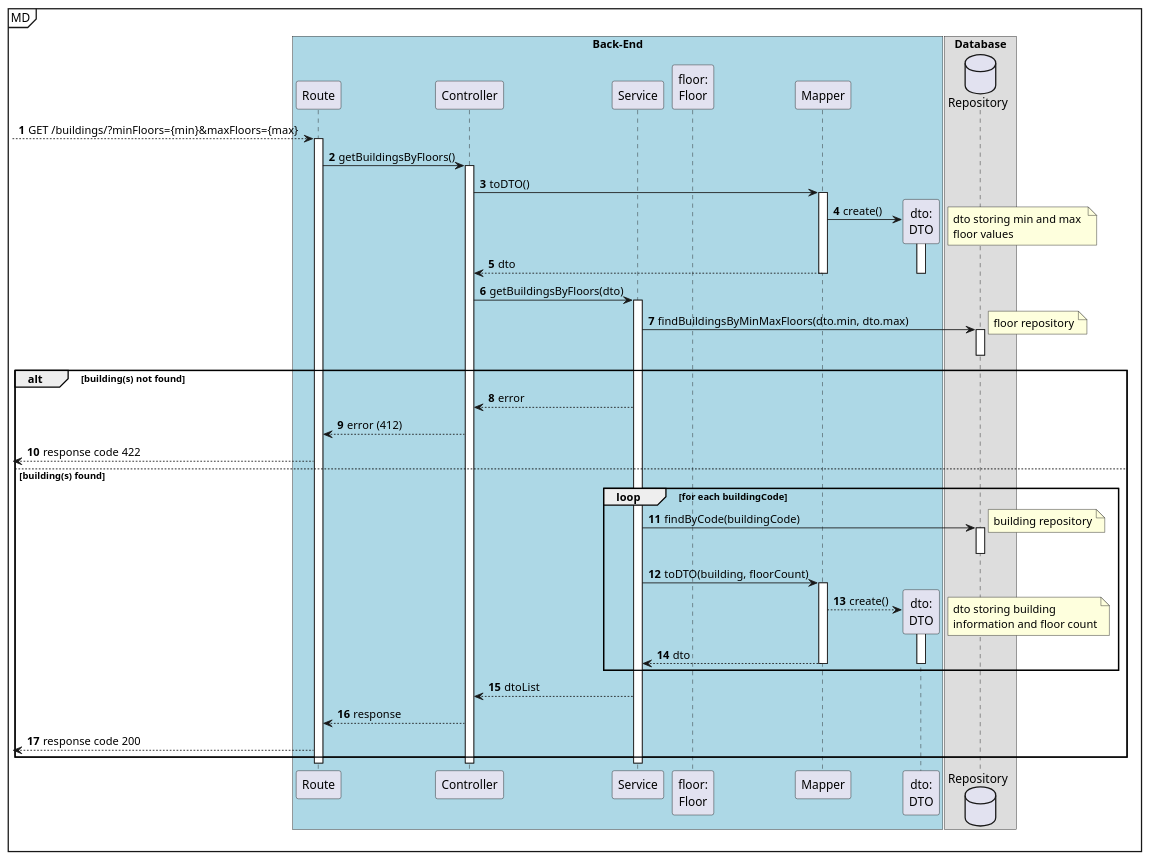
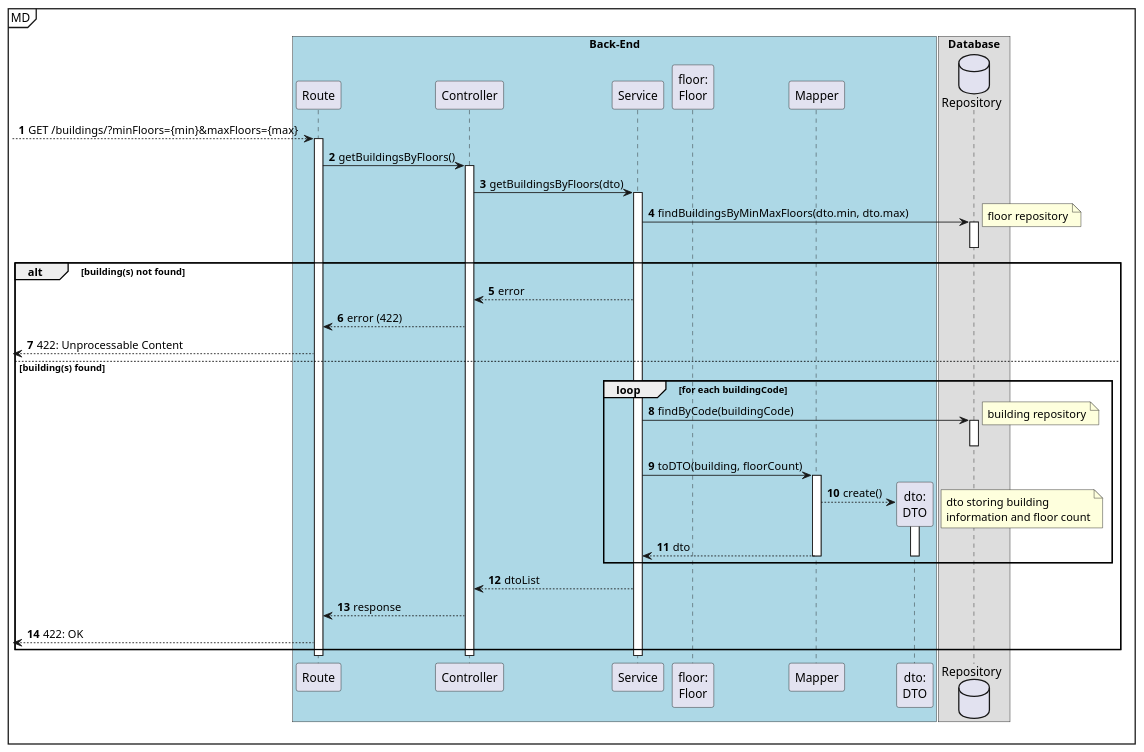
Before and after one commit to Departamento-de-Engenharia-Informatica/lapr5-23-24-g19: the diagram in docs/us180/level3/process-view.puml, drawn with PlantUML.

Commit message:
docs(us180): updated level3 process view

```diff
--- a/docs/us180/level3/process-view.puml
+++ b/docs/us180/level3/process-view.puml
@@ -1,70 +1,60 @@
 @startuml
 autonumber
 
 mainframe MD
 box "Back-End" #LightBlue
 participant "Route" as r
 participant "Controller" as ctrl
 participant "Service" as svc
 
 participant "floor:\nFloor" as floor
 participant "Mapper" as map
 participant "dto:\nDTO" as dto
 end box
 
 box "Database"
 database "Repository" as repo
 end box
 
 [--> r: GET /buildings/?minFloors={min}&maxFloors={max}
-    activate r
-        r -> ctrl : getBuildingsByFloors()
-        activate ctrl
-            ctrl -> map : toDTO()
-            activate map
-                map -> dto** : create()
-                note right : dto storing min and max \nfloor values
-                activate dto
-                    map --> ctrl : dto
-                deactivate dto
-            deactivate map
+activate r
+    r -> ctrl : getBuildingsByFloors()
+    activate ctrl
+        ctrl -> svc : getBuildingsByFloors(dto)
+        activate svc
+            svc -> repo : findBuildingsByMinMaxFloors(dto.min, dto.max)
+            activate repo
+                note right: floor repository
+            deactivate repo
 
+            alt building(s) not found
+                svc --> ctrl : error
+                ctrl --> r : error (422)
+                [<--r : 422: Unprocessable Content
+            else building(s) found
 
-            ctrl -> svc : getBuildingsByFloors(dto)
-            activate svc
-                svc -> repo : findBuildingsByMinMaxFloors(dto.min, dto.max)
+            loop for each buildingCode
+                svc -> repo : findByCode(buildingCode)
                 activate repo
-                    note right: floor repository
+                    note right : building repository
                 deactivate repo
 
-                alt building(s) not found
-                    svc --> ctrl : error
-                    ctrl --> r : error (412)
-                    [<--r : response code 422
-                else building(s) found
+                svc -> map : toDTO(building, floorCount)
 
-                loop for each buildingCode
-                    svc -> repo : findByCode(buildingCode)
-                    activate repo
-                        note right : building repository
-                    deactivate repo
-
-                    svc -> map : toDTO(building, floorCount)
-
-                    activate map
-                        map --> dto** : create()
-                        note right: dto storing building \ninformation and floor count
-                        activate dto
-                            map --> svc : dto
-                        deactivate dto
-                    deactivate map
-                end loop
-                    svc --> ctrl : dtoList
-                    ctrl --> r : response
-                    [<-- r : response code 200
-                end
-            deactivate svc
-        deactivate ctrl
-    deactivate r
+                activate map
+                    map --> dto** : create()
+                    note right: dto storing building \ninformation and floor count
+                    activate dto
+                        map --> svc : dto
+                    deactivate dto
+                deactivate map
+            end loop
+                svc --> ctrl : dtoList
+                ctrl --> r : response
+                [<-- r : 422: OK
+            end
+        deactivate svc
+    deactivate ctrl
+deactivate r
 
 @enduml
```
